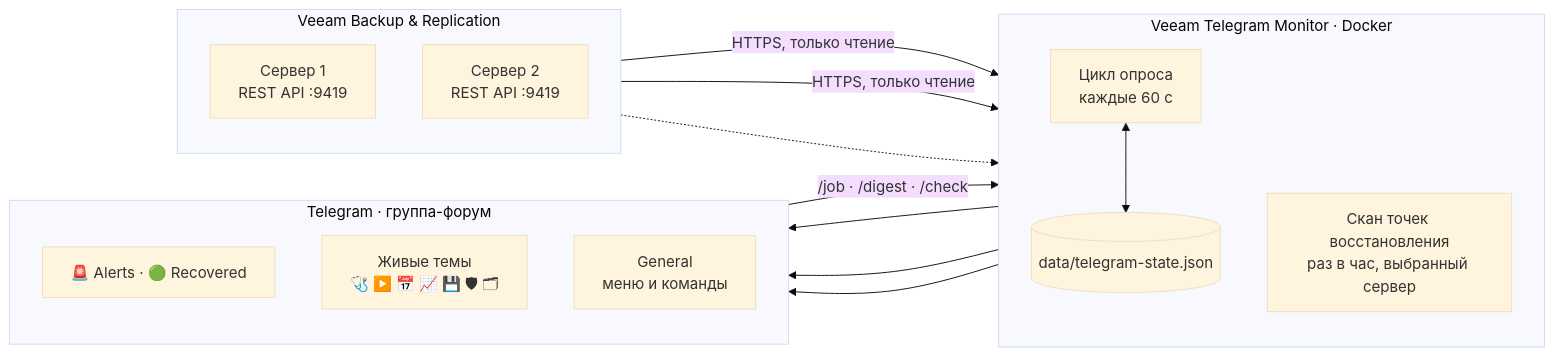
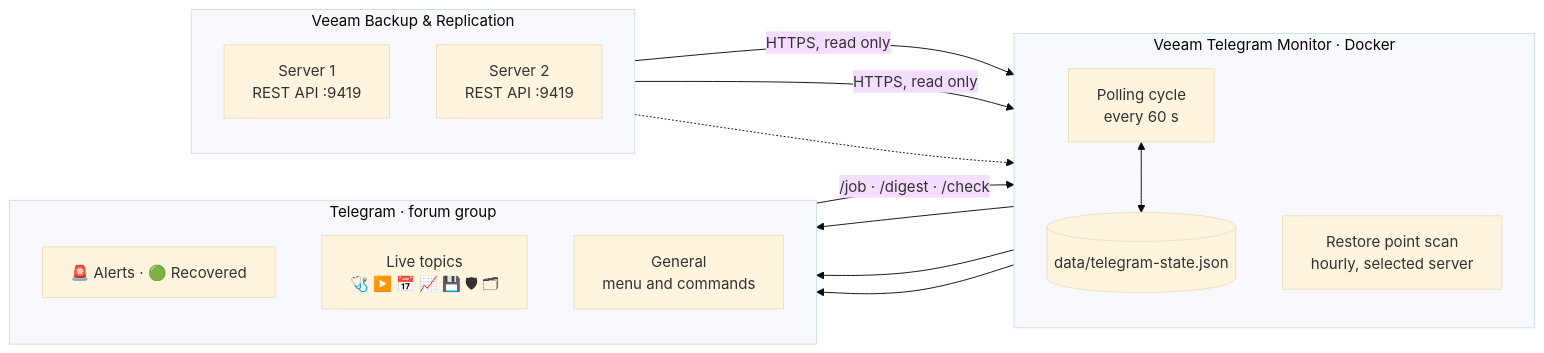
One commit to MuratFaizulla/veeam-monit changed the diagram in docs/architecture.md. Above: the diagram before and after it, drawn with Mermaid (base theme). The commit also changed other lines of this file and 10 other files, not shown here.

````diff
--- a/docs/architecture.md
+++ b/docs/architecture.md
@@ -5,31 +5,31 @@
 ```mermaid
 flowchart LR
     subgraph VBR["Veeam Backup & Replication"]
         direction TB
-        V1["Сервер 1<br/>REST API :9419"]
-        V2["Сервер 2<br/>REST API :9419"]
+        V1["Server 1<br/>REST API :9419"]
+        V2["Server 2<br/>REST API :9419"]
     end
 
     subgraph BOT["Veeam Telegram Monitor · Docker"]
         direction TB
-        C["Цикл опроса<br/>каждые 60 с"]
-        E["Скан точек восстановления<br/>раз в час, выбранный сервер"]
+        C["Polling cycle<br/>every 60 s"]
+        E["Restore point scan<br/>hourly, selected server"]
         S[("data/telegram-state.json")]
     end
 
-    subgraph TG["Telegram · группа-форум"]
+    subgraph TG["Telegram · forum group"]
         direction TB
         A["🚨 Alerts · 🟢 Recovered"]
-        L["Живые темы<br/>🩺 ▶️ 📅 📈 💾 🛡 🗂"]
-        G["General<br/>меню и команды"]
+        L["Live topics<br/>🩺 ▶️ 📅 📈 💾 🛡 🗂"]
+        G["General<br/>menu and commands"]
     end
 
-    V1 -- "HTTPS, только чтение" --> C
-    V2 -- "HTTPS, только чтение" --> C
+    V1 -- "HTTPS, read only" --> C
+    V2 -- "HTTPS, read only" --> C
     V1 -.-> E
     C --> A
     C --> L
     E --> L
     C <--> S
     G -- "/job · /digest · /check" --> C
 ```
````
